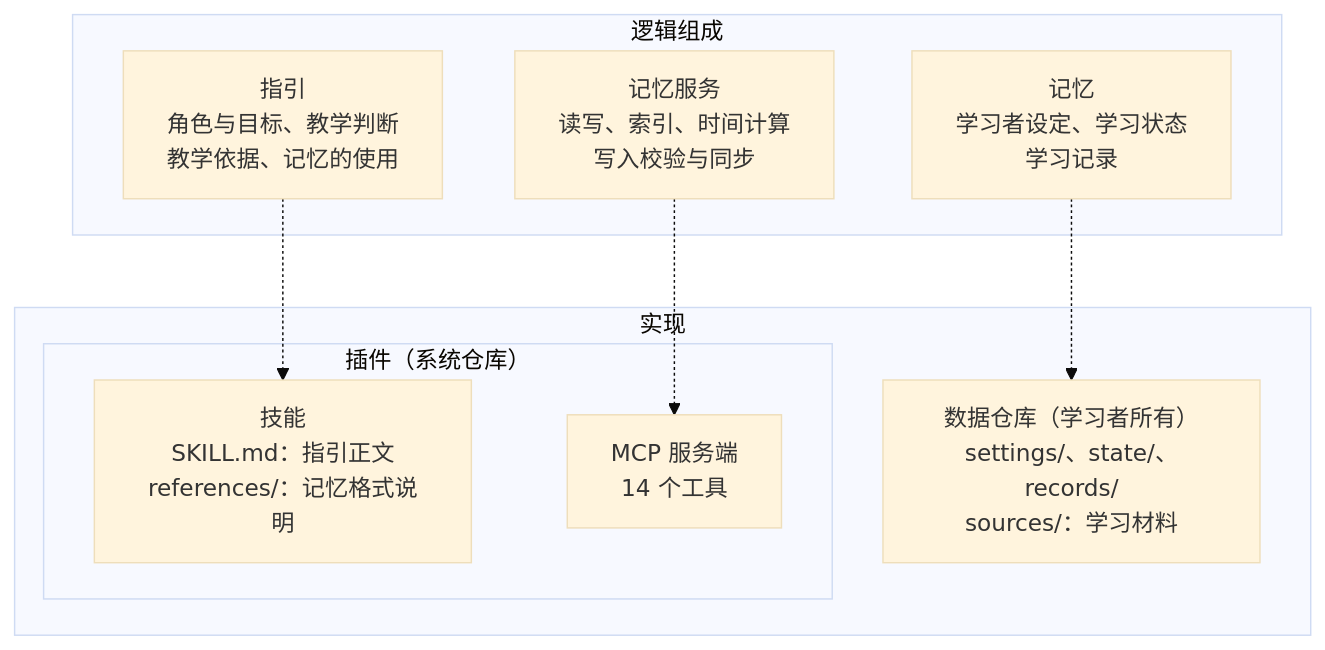
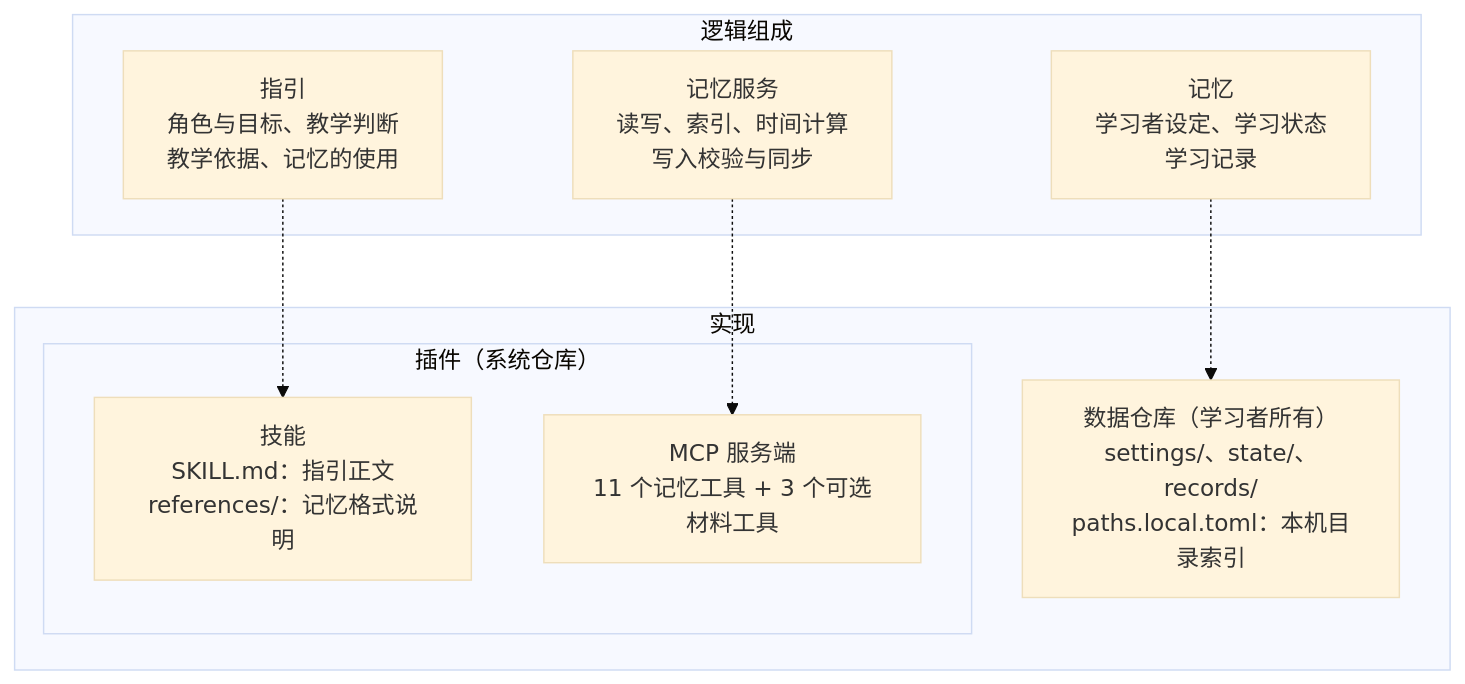
The diagram in docs/README.md (Aice-Chen/cairn-system), drawn with Mermaid (base theme) before and after one commit. The commit also changed other lines of this file and 10 other files, not shown here.

````diff
--- a/docs/README.md
+++ b/docs/README.md
@@ -35,18 +35,18 @@
 ```mermaid
 flowchart TB
     subgraph logical["逻辑组成"]
         G["指引<br/>角色与目标、教学判断<br/>教学依据、记忆的使用"]
         S["记忆服务<br/>读写、索引、时间计算<br/>写入校验与同步"]
         M["记忆<br/>学习者设定、学习状态<br/>学习记录"]
     end
     subgraph impl["实现"]
         subgraph plugin["插件（系统仓库）"]
             SK["技能<br/>SKILL.md：指引正文<br/>references/：记忆格式说明"]
-            SV["MCP 服务端<br/>14 个工具"]
+            SV["MCP 服务端<br/>11 个记忆工具 + 3 个可选材料工具"]
         end
-        DR["数据仓库（学习者所有）<br/>settings/、state/、records/<br/>sources/：学习材料"]
+        DR["数据仓库（学习者所有）<br/>settings/、state/、records/<br/>paths.local.toml：本机目录索引"]
     end
     G -.-> SK
     S -.-> SV
     M -.-> DR
 ```
````
